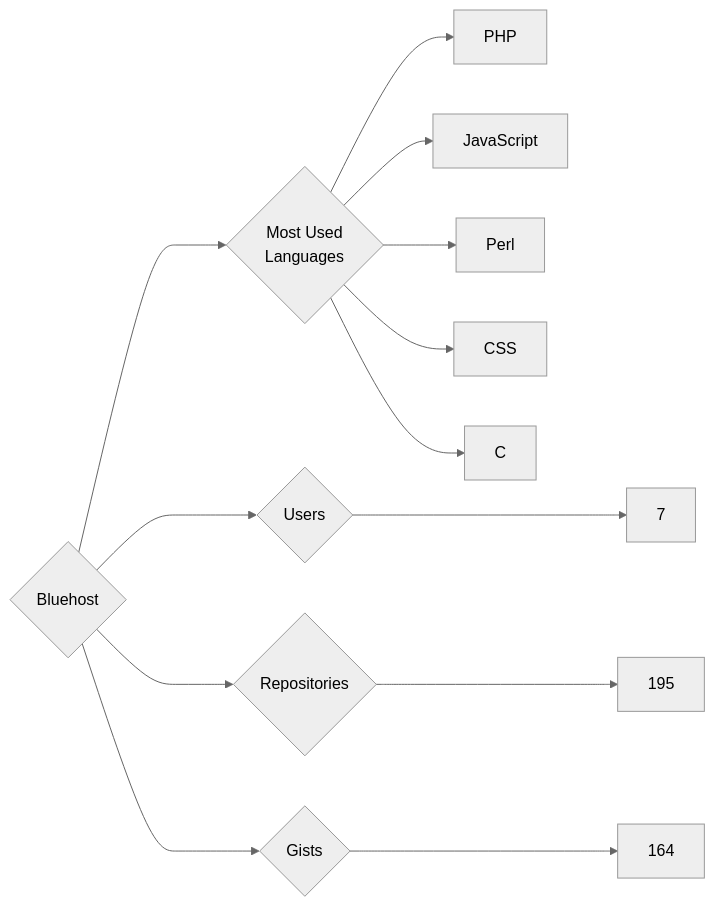
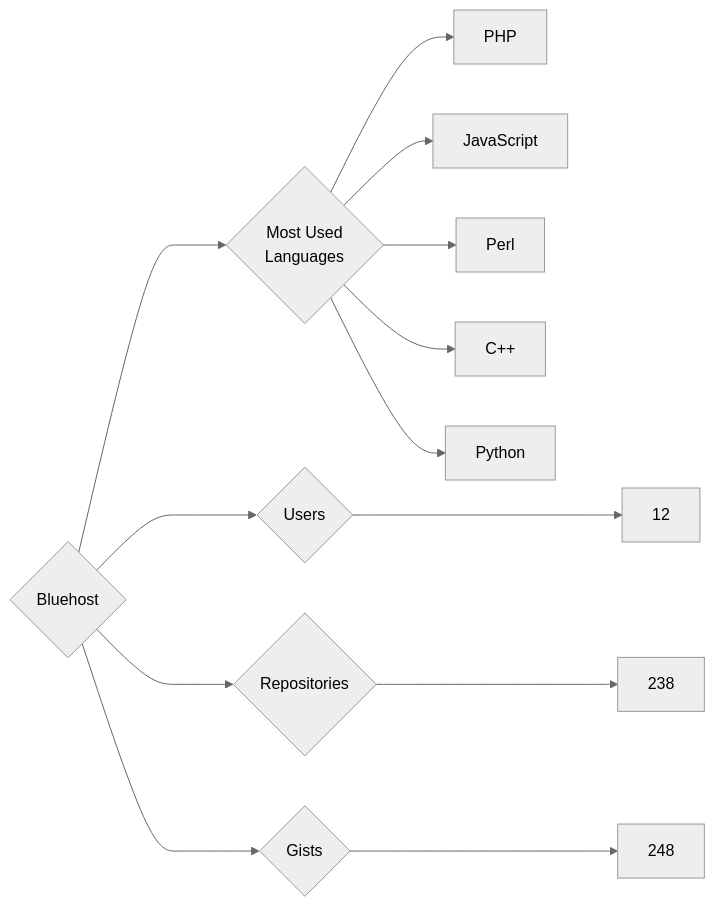
One commit to trickest/insiders changed the diagram in targets/Bluehost/README.md. Above: the diagram before and after it, drawn with Mermaid (neutral theme). The commit also changed 736 other files, not shown here.

````diff
--- a/targets/Bluehost/README.md
+++ b/targets/Bluehost/README.md
@@ -3,13 +3,13 @@
 ```mermaid
 graph LR
 COMPANY_NAME{Bluehost}
-COMPANY_NAME ---> U{Users} ---> UN[7]
-COMPANY_NAME ---> R{Repositories} ---> RN[195]
-COMPANY_NAME ---> G{Gists} ---> GN[164]
+COMPANY_NAME ---> U{Users} ---> UN[12]
+COMPANY_NAME ---> R{Repositories} ---> RN[238]
+COMPANY_NAME ---> G{Gists} ---> GN[248]
 COMPANY_NAME ---> ML{Most Used<br>Languages}
 ML --> PHP[PHP]
 ML --> JavaScript[JavaScript]
 ML --> Perl[Perl]
-ML --> CSS[CSS]
-ML --> C[C]
+ML --> C++[C++]
+ML --> Python[Python]
 ```
````
